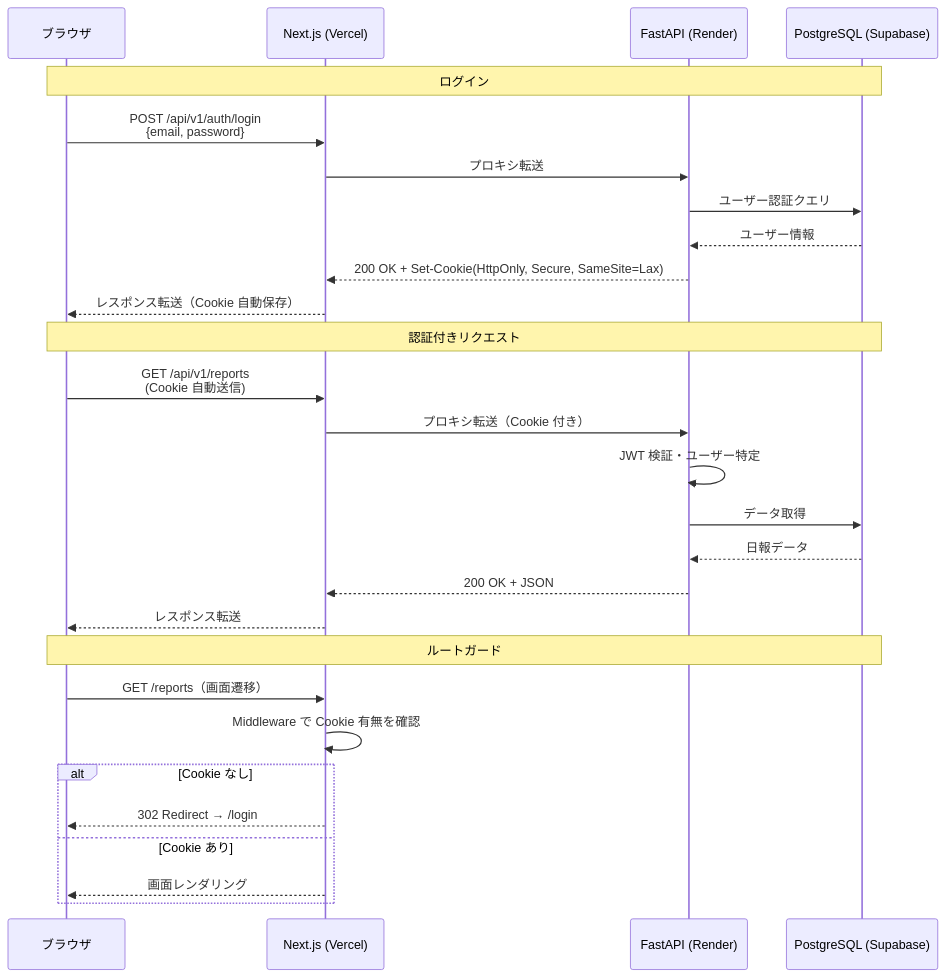
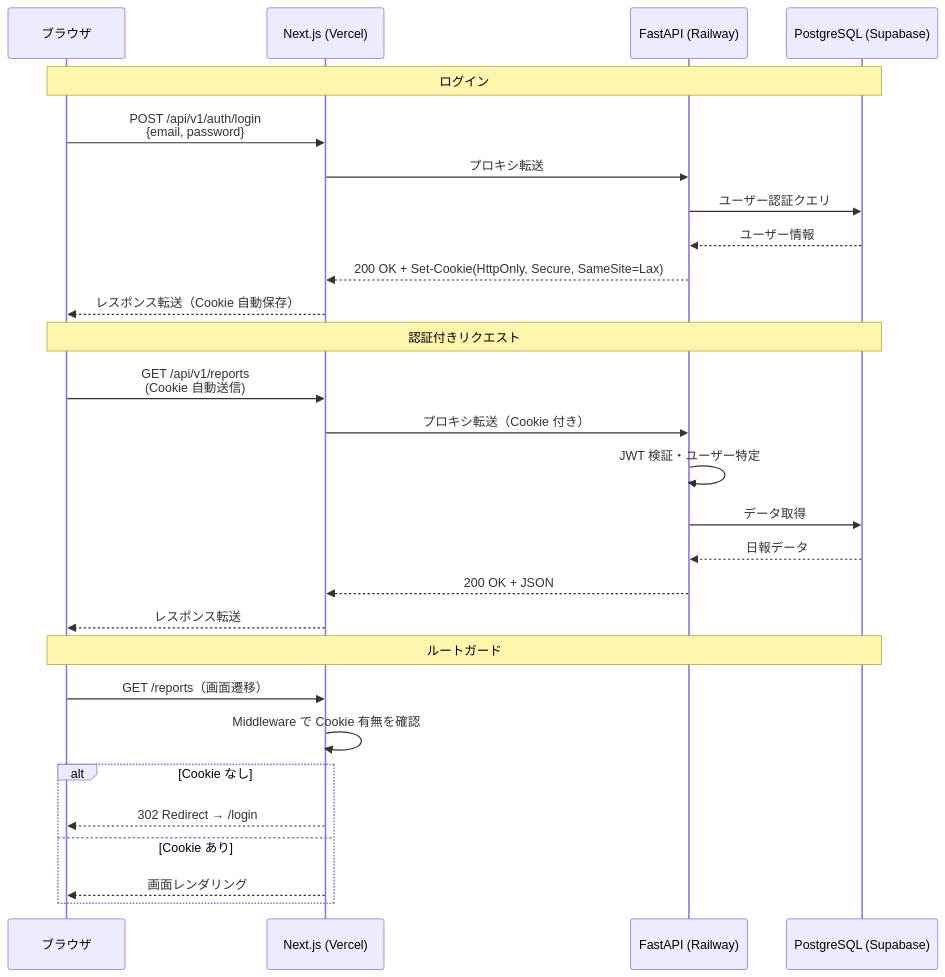
The fourth of 8 diagrams in docs/ARCHITECTURE.md (kensan914/claude-sandbox-report), drawn with Mermaid before and after one commit. The commit also changed other lines of this file, not shown here.

````diff
--- a/docs/ARCHITECTURE.md
+++ b/docs/ARCHITECTURE.md
@@ -295,33 +295,33 @@
 ```mermaid
 sequenceDiagram
     participant B as ブラウザ
     participant N as Next.js (Vercel)
-    participant F as FastAPI (Render)
+    participant F as FastAPI (Railway)
     participant D as PostgreSQL (Supabase)
 
     Note over B,D: ログイン
     B->>N: POST /api/v1/auth/login<br>{email, password}
     N->>F: プロキシ転送
     F->>D: ユーザー認証クエリ
     D-->>F: ユーザー情報
     F-->>N: 200 OK + Set-Cookie(HttpOnly, Secure, SameSite=Lax)
     N-->>B: レスポンス転送（Cookie 自動保存）
 
     Note over B,D: 認証付きリクエスト
     B->>N: GET /api/v1/reports<br>(Cookie 自動送信)
     N->>F: プロキシ転送（Cookie 付き）
     F->>F: JWT 検証・ユーザー特定
     F->>D: データ取得
     D-->>F: 日報データ
     F-->>N: 200 OK + JSON
     N-->>B: レスポンス転送
 
     Note over B,D: ルートガード
     B->>N: GET /reports（画面遷移）
     N->>N: Middleware で Cookie 有無を確認
     alt Cookie なし
         N-->>B: 302 Redirect → /login
     else Cookie あり
         N-->>B: 画面レンダリング
     end
 ```
````
